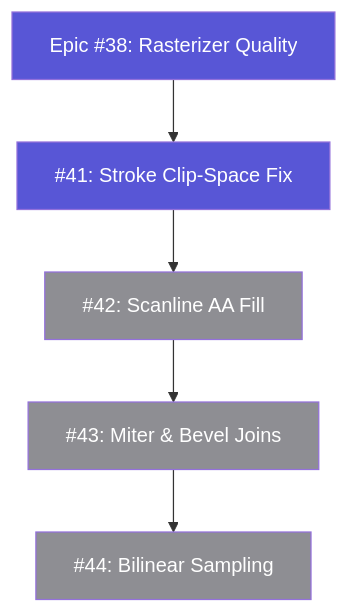
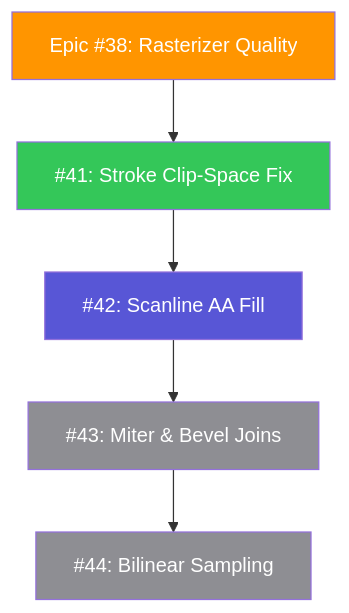
Before and after one commit to SlayerMotion/PureDraw: the fifth of 9 diagrams in README.md, drawn with Mermaid. The commit also changed other lines of this file and 1 other file, not shown here.

First line of the commit message:
docs: update roadmap status for shipped epics 39 and 41

````diff
--- a/README.md
+++ b/README.md
@@ -212,17 +212,17 @@
 ```mermaid
 flowchart TB
     classDef done    fill:#34C759,color:#FFFFFF
     classDef active  fill:#007AFF,color:#FFFFFF
     classDef review  fill:#30B0C7,color:#FFFFFF
     classDef next    fill:#5856D6,color:#FFFFFF
     classDef partial fill:#FF9500,color:#FFFFFF
     classDef todo    fill:#8E8E93,color:#FFFFFF
 
-    Epic38["Epic #38: Rasterizer Quality"]:::next --> I41["#41: Stroke Clip-Space Fix"]:::next --> I42["#42: Scanline AA Fill"]:::todo --> I43["#43: Miter & Bevel Joins"]:::todo --> I44["#44: Bilinear Sampling"]:::todo
+    Epic38["Epic #38: Rasterizer Quality"]:::partial --> I41["#41: Stroke Clip-Space Fix"]:::done --> I42["#42: Scanline AA Fill"]:::next --> I43["#43: Miter & Bevel Joins"]:::todo --> I44["#44: Bilinear Sampling"]:::todo
 
     click Epic38 href "https://github.com/mihaelamj/PureDraw/issues/38" "Epic #38"
     click I41 href "https://github.com/mihaelamj/PureDraw/issues/41" "Issue #41"
     click I42 href "https://github.com/mihaelamj/PureDraw/issues/42" "Issue #42"
     click I43 href "https://github.com/mihaelamj/PureDraw/issues/43" "Issue #43"
     click I44 href "https://github.com/mihaelamj/PureDraw/issues/44" "Issue #44"
 ```
````
